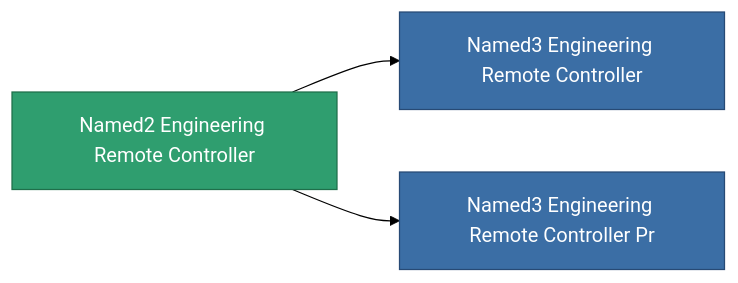
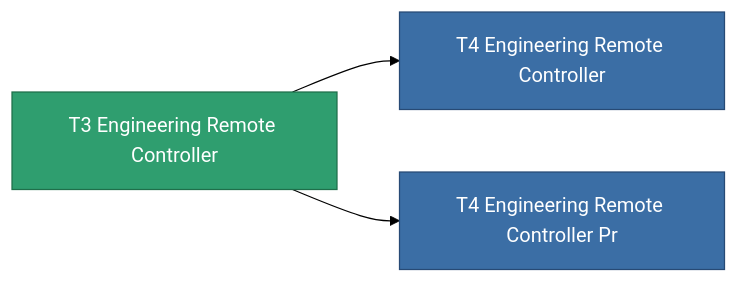
Before and after one commit to OpenPerpetuum/Wiki: the diagram in content/content/items/named2_engineering_remote_controller.md, drawn with Mermaid (forest theme). The commit also changed other lines of this file and 4904 other files, not shown here.

````diff
--- a/content/content/items/named2_engineering_remote_controller.md
+++ b/content/content/items/named2_engineering_remote_controller.md
@@ -75,13 +59,13 @@
 ```mermaid
 graph LR
-    a["Named2 Engineering Remote Controller"]:::current
-    b["Named3 Engineering Remote Controller"]:::prod
+    a["T3 Engineering Remote Controller"]:::current
+    b["T4 Engineering Remote Controller"]:::prod
     a --> b
-    click b "/content/items/named3-engineering-remote-controller/" "Named3 Engineering Remote Controller"
-    c["Named3 Engineering Remote Controller Pr"]:::prod
+    click b "/content/items/named3-engineering-remote-controller/" "T4 Engineering Remote Controller"
+    c["T4 Engineering Remote Controller Pr"]:::prod
     a --> c
-    click c "/content/items/named3-engineering-remote-controller-pr/" "Named3 Engineering Remote Controller Pr"
+    click c "/content/items/named3-engineering-remote-controller-pr/" "T4 Engineering Remote Controller Pr"
     classDef current fill:#2f9e6f,stroke:#1f6f4a,color:#ffffff
     classDef prod fill:#3b6ea5,stroke:#274a75,color:#ffffff
     classDef more fill:#39445a,stroke:#54658a,color:#d5dbe8
 ```
````
